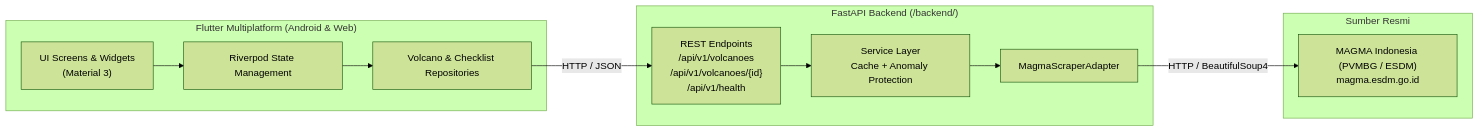
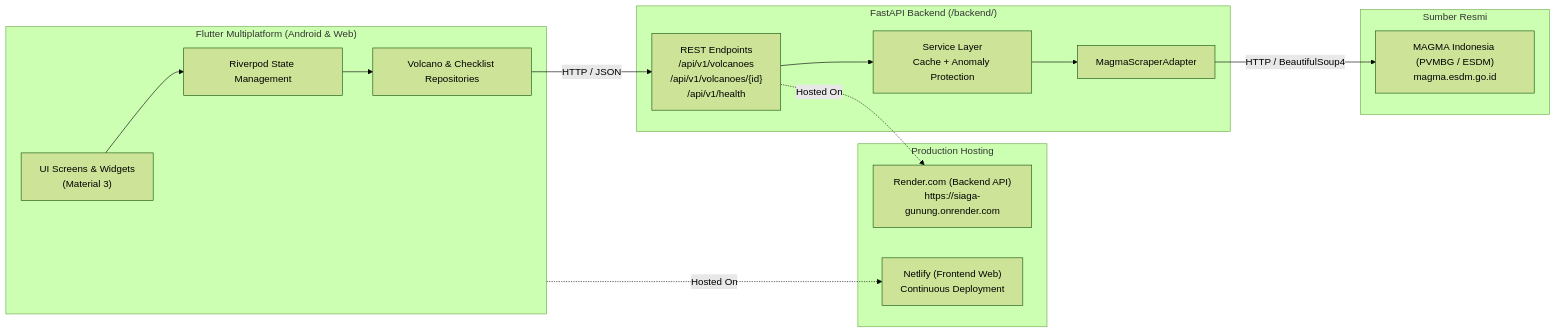
The diagram in README.md (yusqohid/siaga-gunung), drawn with Mermaid (forest theme) before and after one commit. The commit also changed other lines of this file, not shown here.

````diff
--- a/README.md
+++ b/README.md
@@ -11,23 +11,30 @@
 ```mermaid
 flowchart LR
     subgraph Client["Flutter Multiplatform (Android & Web)"]
         UI["UI Screens & Widgets\n(Material 3)"]
         State["Riverpod State Management"]
         Repo["Volcano & Checklist Repositories"]
         UI --> State --> Repo
     end
 
     subgraph Backend["FastAPI Backend (/backend/)"]
         API["REST Endpoints\n/api/v1/volcanoes\n/api/v1/volcanoes/{id}\n/api/v1/health"]
         Svc["Service Layer\nCache + Anomaly Protection"]
         Adapter["MagmaScraperAdapter"]
         API --> Svc --> Adapter
     end
 
     subgraph Source["Sumber Resmi"]
         MAGMA["MAGMA Indonesia (PVMBG / ESDM)\nmagma.esdm.go.id"]
     end
 
+    subgraph Production["Production Hosting"]
+        Render["Render.com (Backend API)\nhttps://siaga-gunung.onrender.com"]
+        Netlify["Netlify (Frontend Web)\nContinuous Deployment"]
+    end
+
     Repo -->|HTTP / JSON| API
+    API -.->|Hosted On| Render
+    Client -.->|Hosted On| Netlify
     Adapter -->|HTTP / BeautifulSoup4| MAGMA
 ```
````
